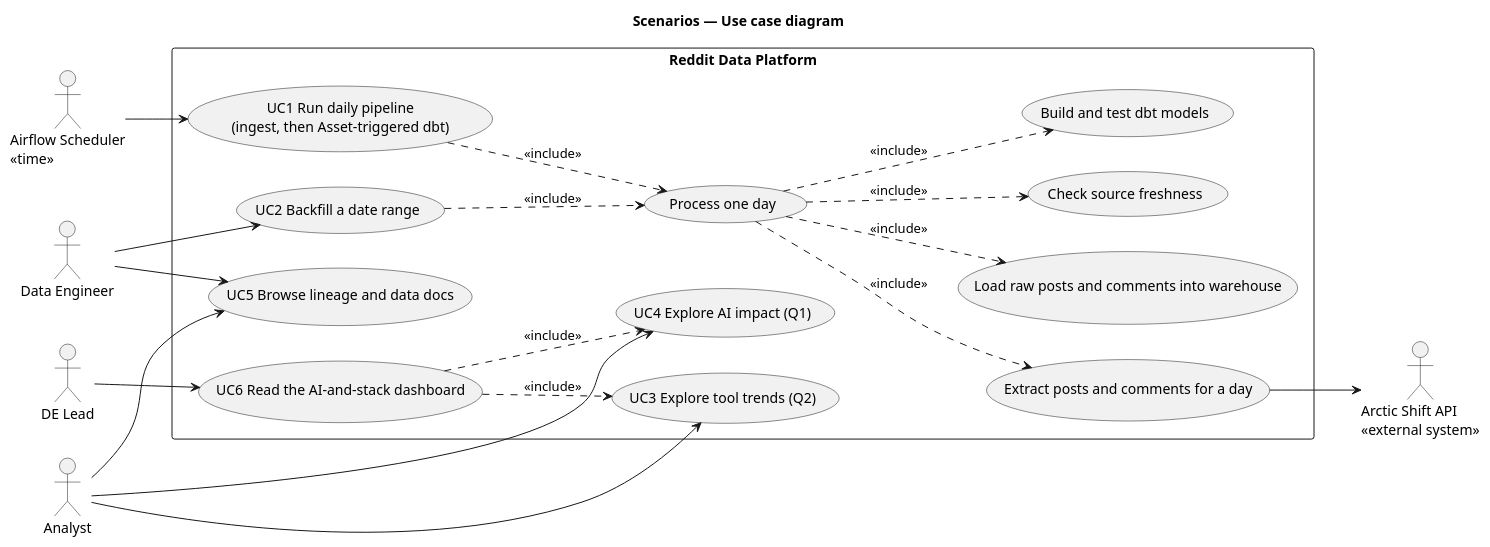
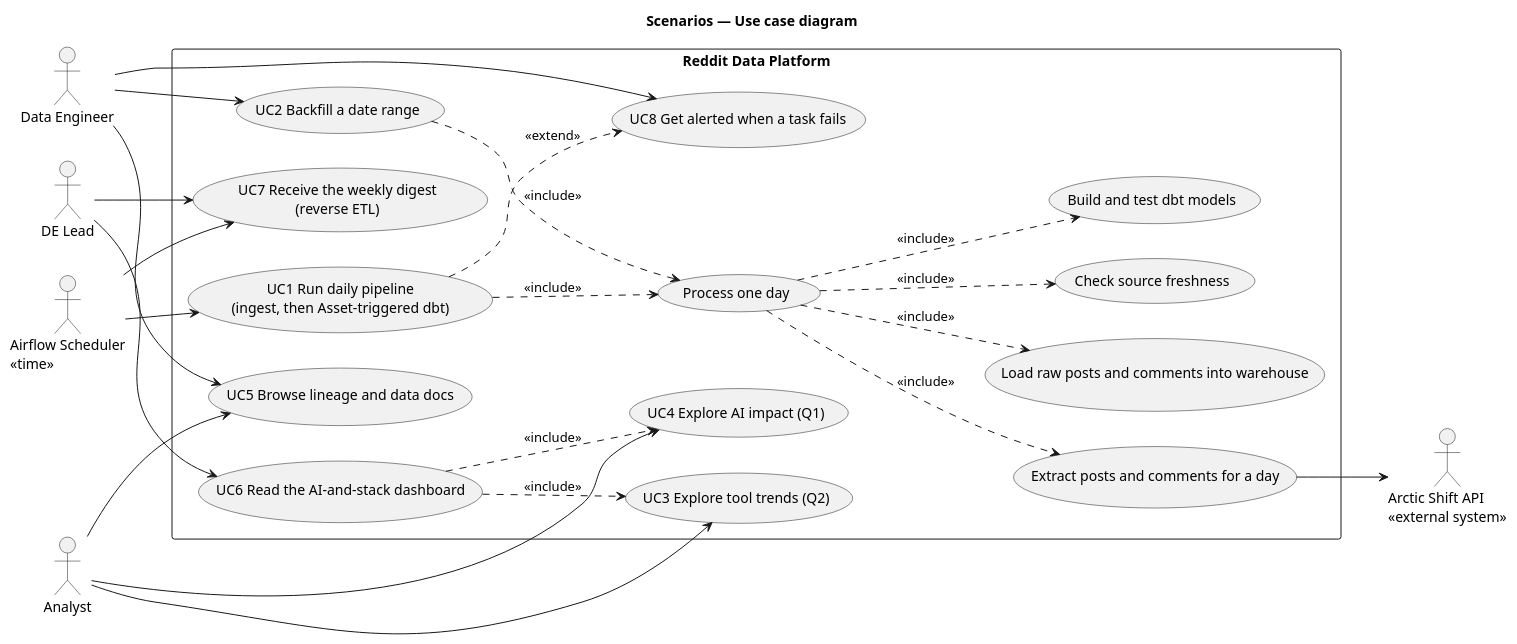
Before and after one commit to modsomjeed/reddit-dataeng: the diagram in docs/architecture/diagrams/use-case.puml, drawn with PlantUML. The commit also changed 8 other files, not shown here.

Commit message:
docs: document the weekly digest

```diff
--- a/docs/architecture/diagrams/use-case.puml
+++ b/docs/architecture/diagrams/use-case.puml
@@ -1,45 +1,51 @@
 @startuml use-case
 title Scenarios — Use case diagram
 left to right direction
 skinparam packageStyle rectangle
 skinparam shadowing false
 
 actor "Data Engineer" as de
 actor "Analyst" as analyst
 actor "DE Lead" as lead
 actor "Airflow Scheduler\n<<time>>" as scheduler
 actor "Arctic Shift API\n<<external system>>" as arctic
 
 rectangle "Reddit Data Platform" {
   usecase "UC1 Run daily pipeline\n(ingest, then Asset-triggered dbt)" as uc1
   usecase "UC2 Backfill a date range" as uc2
   usecase "Process one day" as ucDay
   usecase "Extract posts and comments for a day" as ucExtract
   usecase "Load raw posts and comments into warehouse" as ucLoad
   usecase "Check source freshness" as ucFresh
   usecase "Build and test dbt models" as ucBuild
   usecase "UC3 Explore tool trends (Q2)" as uc3
   usecase "UC4 Explore AI impact (Q1)" as uc4
   usecase "UC5 Browse lineage and data docs" as uc5
   usecase "UC6 Read the AI-and-stack dashboard" as uc6
+  usecase "UC7 Receive the weekly digest\n(reverse ETL)" as uc7
+  usecase "UC8 Get alerted when a task fails" as uc8
 }
 
 scheduler --> uc1
 de --> uc2
 de --> uc5
 analyst --> uc3
 analyst --> uc4
 analyst --> uc5
 lead --> uc6
+scheduler --> uc7
+lead --> uc7
+de --> uc8
+uc1 ..> uc8 : <<extend>>
 
 uc1 ..> ucDay : <<include>>
 uc2 ..> ucDay : <<include>>
 ucDay ..> ucExtract : <<include>>
 ucDay ..> ucLoad : <<include>>
 ucDay ..> ucFresh : <<include>>
 ucDay ..> ucBuild : <<include>>
 
 ucExtract --> arctic
 uc6 ..> uc3 : <<include>>
 uc6 ..> uc4 : <<include>>
 @enduml
```
